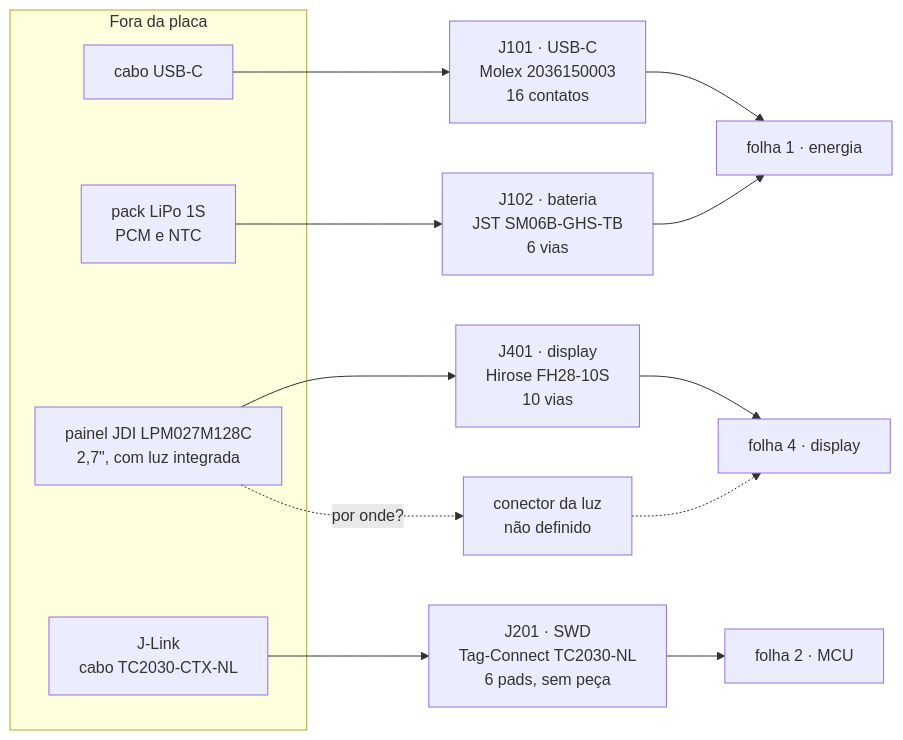
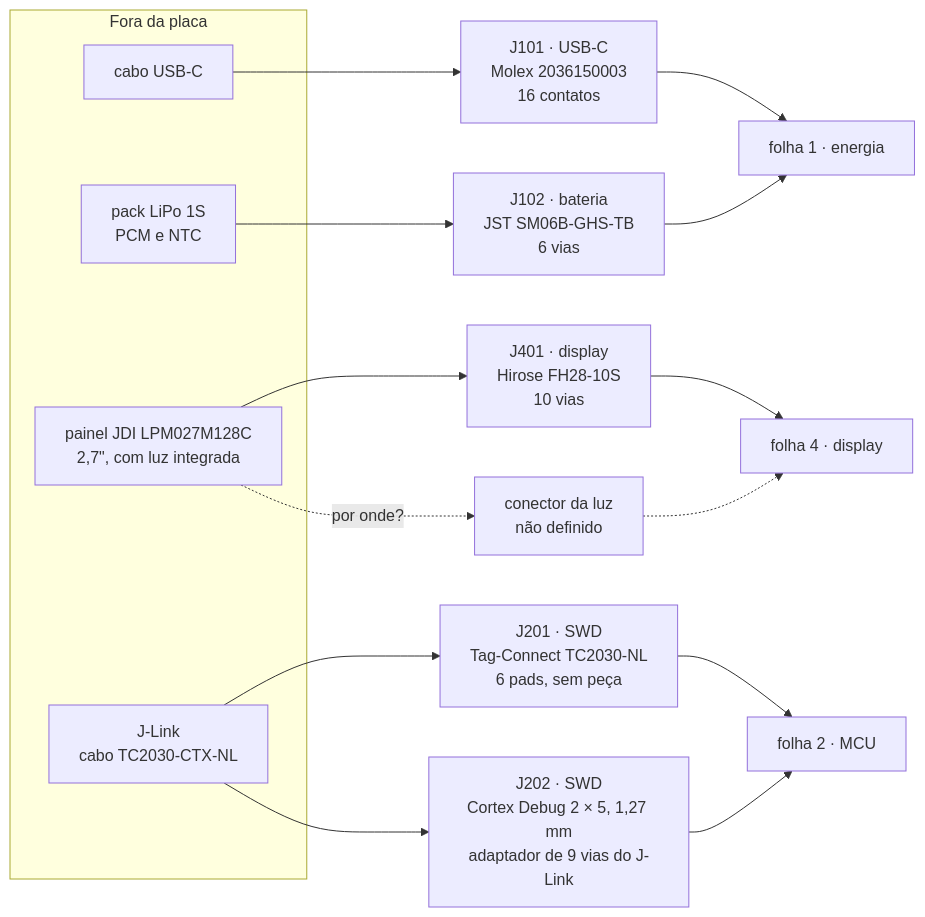
One commit to Guiimartinho/gnss-bike-computer changed the first of 3 diagrams in hardware_gnssbike/06-conectores-e-pontos-de-teste.md. Above: the diagram before and after it, drawn with Mermaid. The commit also changed other lines of this file and 37 other files, not shown here.

````diff
--- a/hardware_gnssbike/06-conectores-e-pontos-de-teste.md
+++ b/hardware_gnssbike/06-conectores-e-pontos-de-teste.md
@@ -37,19 +37,21 @@
 ```mermaid
 flowchart LR
     subgraph EXT["Fora da placa"]
         CABO["cabo USB-C"]
         PACK["pack LiPo 1S<br/>PCM e NTC"]
         PAINEL["painel JDI LPM027M128C<br/>2,7&quot;, com luz integrada"]
         SONDA["J-Link<br/>cabo TC2030-CTX-NL"]
     end
     CABO --> J101["J101 · USB-C<br/>Molex 2036150003<br/>16 contatos"]
     PACK --> J102["J102 · bateria<br/>JST SM06B-GHS-TB<br/>6 vias"]
     PAINEL --> J401["J401 · display<br/>Hirose FH28-10S<br/>10 vias"]
     PAINEL -.->|"por onde?"| LUZ["conector da luz<br/>não definido"]
     SONDA --> J201["J201 · SWD<br/>Tag-Connect TC2030-NL<br/>6 pads, sem peça"]
+    SONDA --> J202["J202 · SWD<br/>Cortex Debug 2 × 5, 1,27 mm<br/>adaptador de 9 vias do J-Link"]
     J101 --> F1["folha 1 · energia"]
     J102 --> F1
     J201 --> F2["folha 2 · MCU"]
+    J202 --> F2
     J401 --> F4["folha 4 · display"]
     LUZ -.-> F4
 ```
````
